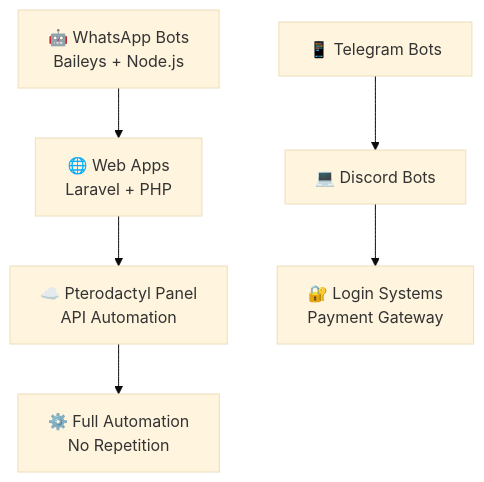
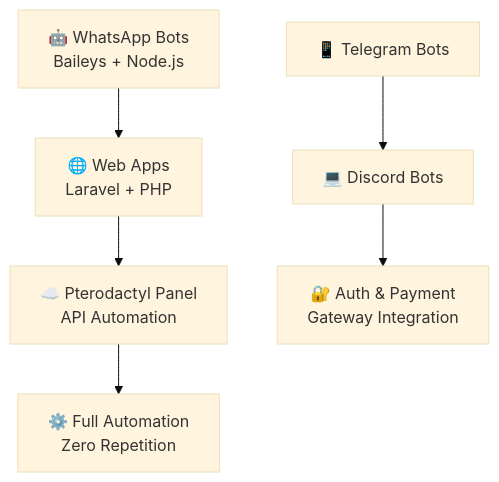
Before and after one commit to reyzhcodesid/reyzhcodesid: the first of 2 diagrams in README.md, drawn with Mermaid (base theme). The commit also changed other lines of this file, not shown here.

````diff
--- a/README.md
+++ b/README.md
@@ -22,8 +32,8 @@
 ```mermaid
 graph TD
 A[🤖 WhatsApp Bots<br/>Baileys + Node.js] --> B[🌐 Web Apps<br/>Laravel + PHP]
 C[📱 Telegram Bots] --> D[💻 Discord Bots]
 B --> E[☁️ Pterodactyl Panel<br/>API Automation]
-D --> F[🔐 Login Systems<br/>Payment Gateway]
-E --> G[⚙️ Full Automation<br/>No Repetition]
+D --> F[🔐 Auth & Payment<br/>Gateway Integration]
+E --> G[⚙️ Full Automation<br/>Zero Repetition]
 ```
````
